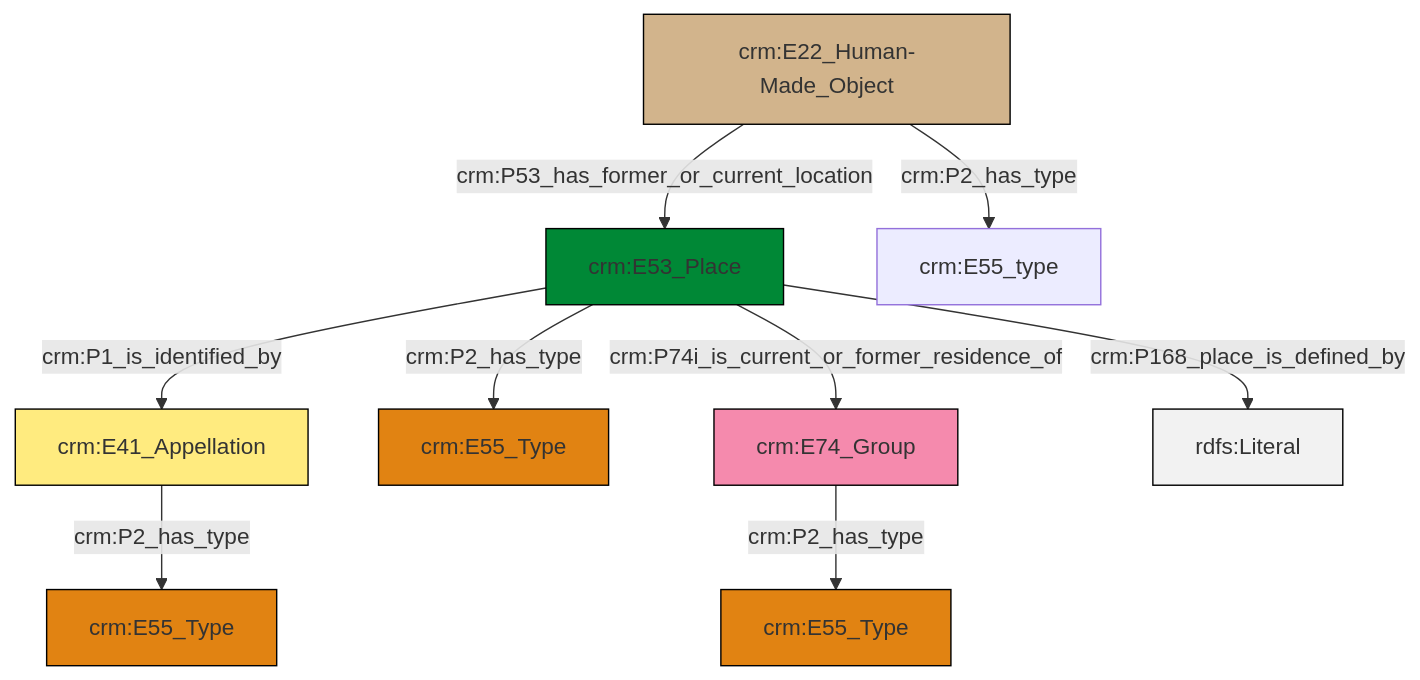
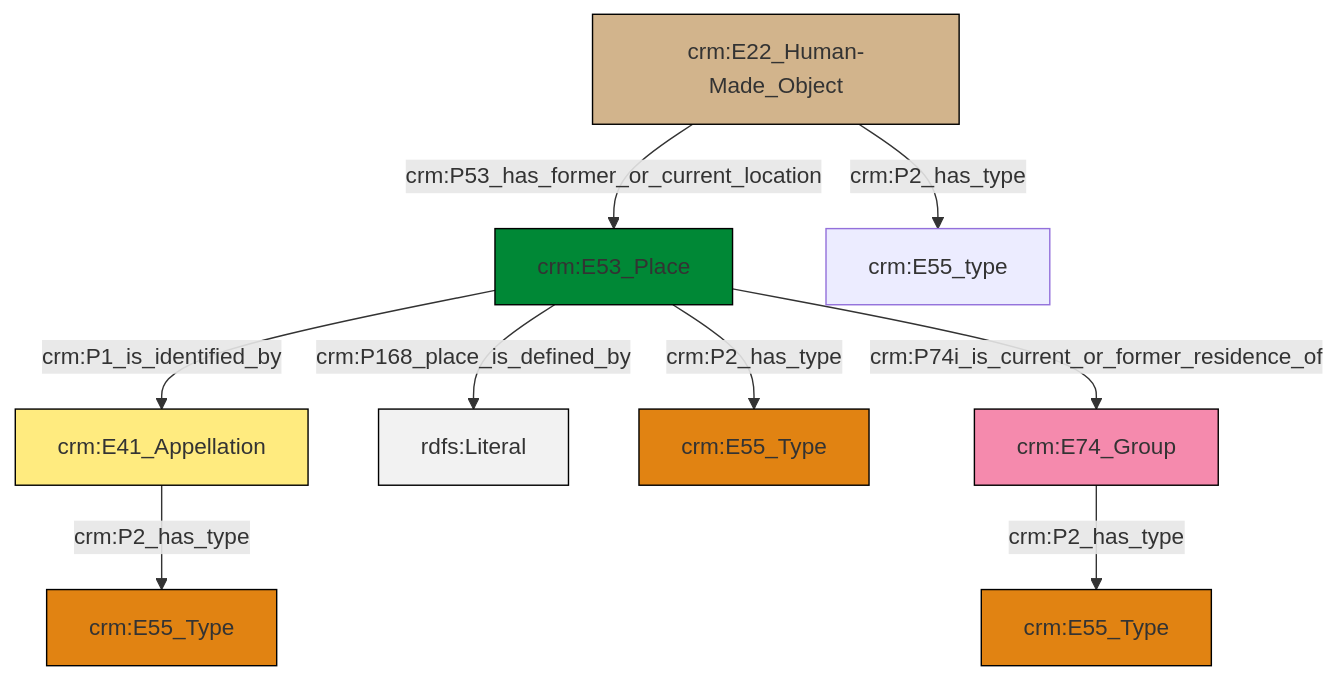
The diagram in et/artworkCSV/ttl/mmd/Artwork_Location.ttl.mmd (swiss-art-research-net/docs.swissartresearch), drawn with Mermaid before and after one commit. The commit also changed 180 other files, not shown here.

```diff
--- a/et/artworkCSV/ttl/mmd/Artwork_Location.ttl.mmd
+++ b/et/artworkCSV/ttl/mmd/Artwork_Location.ttl.mmd
@@ -1,23 +1,23 @@
 graph TD
 classDef Literal fill:#f2f2f2,stroke:#000000;
 classDef CRM_Entity fill:#FFFFFF,stroke:#000000;
 classDef Temporal_Entity fill:#00C9E6, stroke:#000000;
 classDef Type fill:#E18312, stroke:#000000;
 classDef Time-Span fill:#2C9C91, stroke:#000000;
 classDef Appellation fill:#FFEB7F, stroke:#000000;
 classDef Place fill:#008836, stroke:#000000;
 classDef Persistent_Item fill:#B266B2, stroke:#000000;
 classDef Conceptual_Object fill:#FFD700, stroke:#000000;
 classDef Physical_Thing fill:#D2B48C, stroke:#000000;
 classDef Actor fill:#f58aad, stroke:#000000;
 classDef PC_Classes fill:#4ce600, stroke:#000000;
 classDef Multi fill:#cccccc,stroke:#000000;
 
-2["crm:E53_Place"]:::Place -->|crm:P1_is_identified_by| 3["crm:E41_Appellation"]:::Appellation
-2["crm:E53_Place"]:::Place -->|crm:P2_has_type| 4["crm:E55_Type"]:::Type
-9["crm:E74_Group"]:::Actor -->|crm:P2_has_type| 10["crm:E55_Type"]:::Type
-3["crm:E41_Appellation"]:::Appellation -->|crm:P2_has_type| 7["crm:E55_Type"]:::Type
-0["crm:E22_Human-Made_Object"]:::Physical_Thing -->|crm:P53_has_former_or_current_location| 2["crm:E53_Place"]:::Place
-2["crm:E53_Place"]:::Place -->|crm:P168_place_is_defined_by| 16[rdfs:Literal]:::Literal
-2["crm:E53_Place"]:::Place -->|crm:P74i_is_current_or_former_residence_of| 9["crm:E74_Group"]:::Actor
-0["crm:E22_Human-Made_Object"]:::Physical_Thing -->|crm:P2_has_type| 5["crm:E55_type"]:::Default
+2["crm:E53_Place"]:::Place -->|crm:P1_is_identified_by| 0["crm:E41_Appellation"]:::Appellation
+2["crm:E53_Place"]:::Place -->|crm:P168_place_is_defined_by| 6[rdfs:Literal]:::Literal
+2["crm:E53_Place"]:::Place -->|crm:P2_has_type| 7["crm:E55_Type"]:::Type
+2["crm:E53_Place"]:::Place -->|crm:P74i_is_current_or_former_residence_of| 12["crm:E74_Group"]:::Actor
+12["crm:E74_Group"]:::Actor -->|crm:P2_has_type| 8["crm:E55_Type"]:::Type
+4["crm:E22_Human-Made_Object"]:::Physical_Thing -->|crm:P53_has_former_or_current_location| 2["crm:E53_Place"]:::Place
+4["crm:E22_Human-Made_Object"]:::Physical_Thing -->|crm:P2_has_type| 10["crm:E55_type"]:::Default
+0["crm:E41_Appellation"]:::Appellation -->|crm:P2_has_type| 15["crm:E55_Type"]:::Type
```
